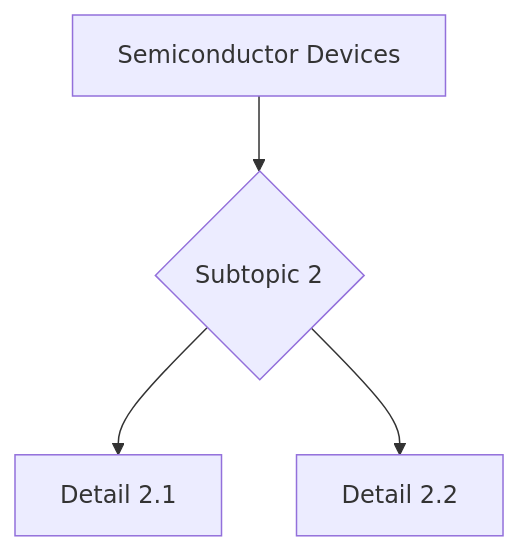
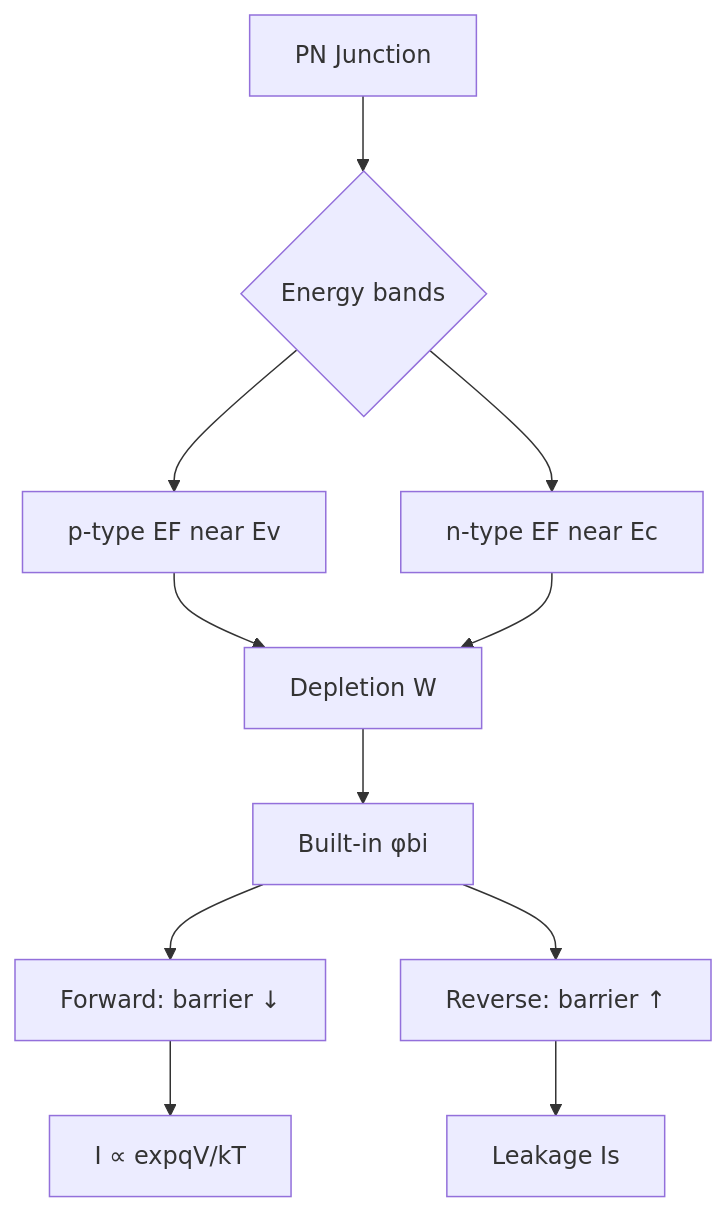
The seventh of 10 diagrams in 03_MSc_Physics/advanced_materials_concentration/MSPY_5001_Semiconductor_Devices/README.md (yip-lgtm/PhysicsSelfStudy), drawn with Mermaid before and after one commit. The commit also changed other lines of this file and 21 other files, not shown here.

````diff
--- a/03_MSc_Physics/advanced_materials_concentration/MSPY_5001_Semiconductor_Devices/README.md
+++ b/03_MSc_Physics/advanced_materials_concentration/MSPY_5001_Semiconductor_Devices/README.md
@@ -267,6 +616,13 @@
 ```mermaid
 graph TD
-    A[Semiconductor Devices] --> B{Subtopic 2}
-    B --> C[Detail 2.1]
-    B --> D[Detail 2.2]
+    A[PN Junction] --> B{Energy bands}
+    B --> C[p-type EF near Ev]
+    B --> D[n-type EF near Ec]
+    C --> E[Depletion W]
+    D --> E
+    E --> F[Built-in φbi]
+    F --> G[Forward: barrier ↓]
+    F --> H[Reverse: barrier ↑]
+    G --> I[I ∝ expqV/kT]
+    H --> J[Leakage Is]
 ```
````
